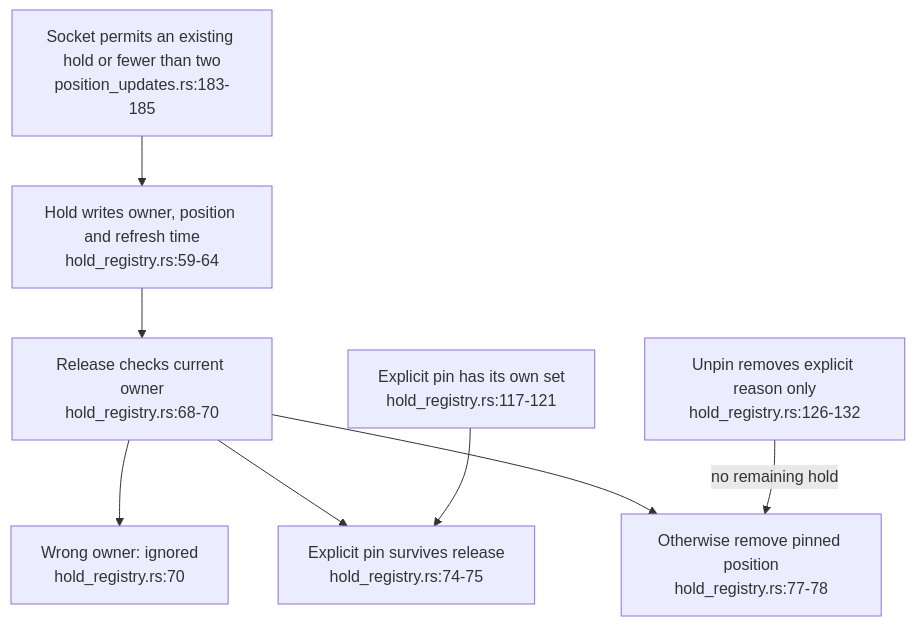
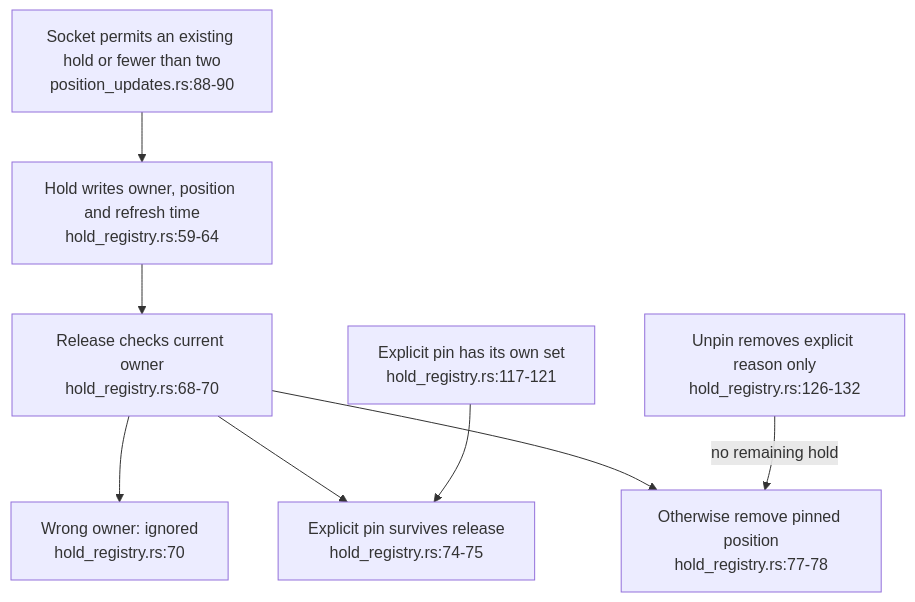
Before and after one commit to DreamLab-AI/VisionFlow: the first of 7 diagrams in docs/diagrams/visionclaw/52-drag-holds-and-observation-gates.md, drawn with Mermaid. The commit also changed other lines of this file and 173 other files, not shown here.

````diff
--- a/docs/diagrams/visionclaw/52-drag-holds-and-observation-gates.md
+++ b/docs/diagrams/visionclaw/52-drag-holds-and-observation-gates.md
@@ -37,10 +38,10 @@
 ```mermaid
 flowchart TD
-    SOCKET["Socket permits an existing hold or fewer than two<br/>position_updates.rs:183-185"] --> HOLD["Hold writes owner, position and refresh time<br/>hold_registry.rs:59-64"]
+    SOCKET["Socket permits an existing hold or fewer than two<br/>position_updates.rs:88-90"] --> HOLD["Hold writes owner, position and refresh time<br/>hold_registry.rs:59-64"]
     HOLD --> RELEASE["Release checks current owner<br/>hold_registry.rs:68-70"]
     RELEASE --> OTHER["Wrong owner: ignored<br/>hold_registry.rs:70"]
     RELEASE --> PIN["Explicit pin survives release<br/>hold_registry.rs:74-75"]
     RELEASE --> FREE["Otherwise remove pinned position<br/>hold_registry.rs:77-78"]
     EXPLICIT["Explicit pin has its own set<br/>hold_registry.rs:117-121"] --> PIN
     UNPIN["Unpin removes explicit reason only<br/>hold_registry.rs:126-132"] -->|no remaining hold| FREE
 ```
````
